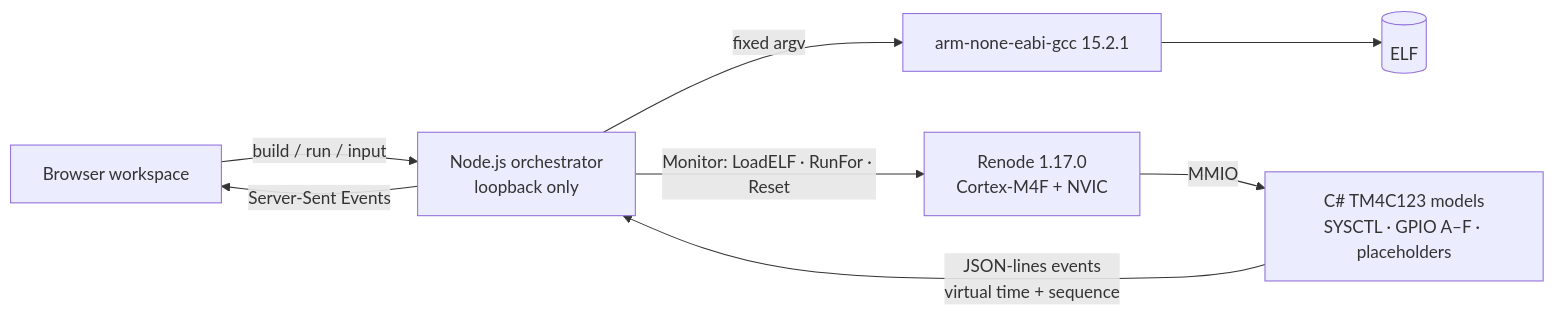
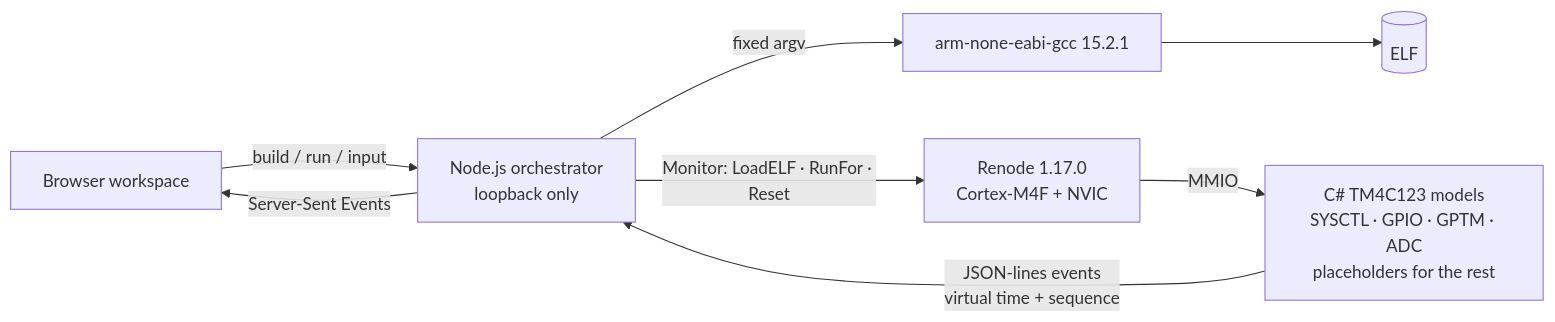
The diagram in README.md (Khaledbaniodeh/TM4C123-simulator), drawn with Mermaid before and after one commit. The commit also changed other lines of this file and 2 other files, not shown here.

First line of the commit message:
Docs: remove stale 16 MIPS / placeholder claims; roadmap reflects verified work

````diff
--- a/README.md
+++ b/README.md
@@ -90,9 +90,9 @@
 ```mermaid
 flowchart LR
   UI[Browser workspace] -- build / run / input --> ORCH[Node.js orchestrator<br/>loopback only]
   ORCH -- fixed argv --> GCC[arm-none-eabi-gcc 15.2.1] --> ELF[(ELF)]
   ORCH -- Monitor: LoadELF · RunFor · Reset --> R[Renode 1.17.0<br/>Cortex-M4F + NVIC]
-  R -- MMIO --> M[C# TM4C123 models<br/>SYSCTL · GPIO A–F · placeholders]
+  R -- MMIO --> M[C# TM4C123 models<br/>SYSCTL · GPIO · GPTM · ADC<br/>placeholders for the rest]
   M -- JSON-lines events<br/>virtual time + sequence --> ORCH
   ORCH -- Server-Sent Events --> UI
 ```
````
